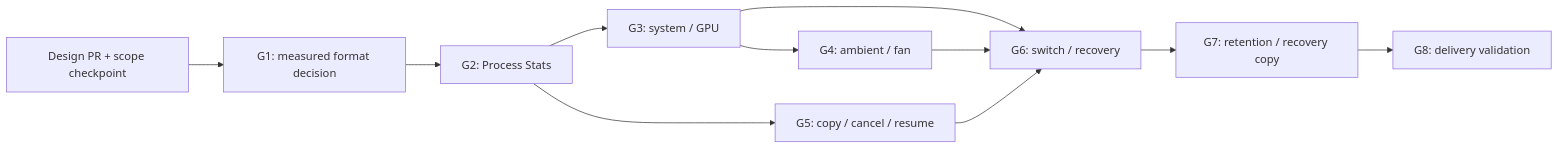
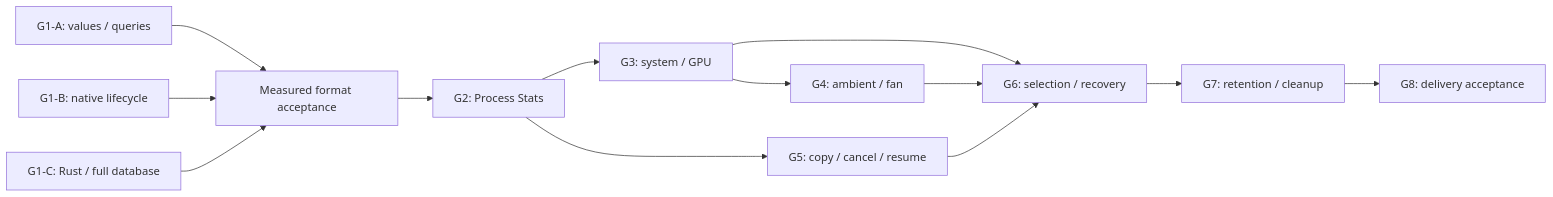
The diagram in docs/development/hardware-archive-implementation-plan.md (shm11C3/HardwareVisualizer), drawn with Mermaid before and after one commit. The commit also changed other lines of this file and 7 other files, not shown here.

````diff
--- a/docs/development/hardware-archive-implementation-plan.md
+++ b/docs/development/hardware-archive-implementation-plan.md
@@ -36,13 +73,15 @@
 ```mermaid
 flowchart LR
-    D["Design PR + scope checkpoint"] --> G1
-    G1["G1: measured format decision"] --> G2["G2: Process Stats"]
+    A["G1-A: values / queries"] --> F["Measured format acceptance"]
+    B["G1-B: native lifecycle"] --> F
+    C["G1-C: Rust / full database"] --> F
+    F --> G2["G2: Process Stats"]
     G2 --> G3["G3: system / GPU"]
     G3 --> G4["G4: ambient / fan"]
     G2 --> G5["G5: copy / cancel / resume"]
-    G3 --> G6["G6: switch / recovery"]
+    G3 --> G6["G6: selection / recovery"]
     G4 --> G6
     G5 --> G6
-    G6 --> G7["G7: retention / recovery copy"]
-    G7 --> G8["G8: delivery validation"]
+    G6 --> G7["G7: retention / cleanup"]
+    G7 --> G8["G8: delivery acceptance"]
 ```
````
